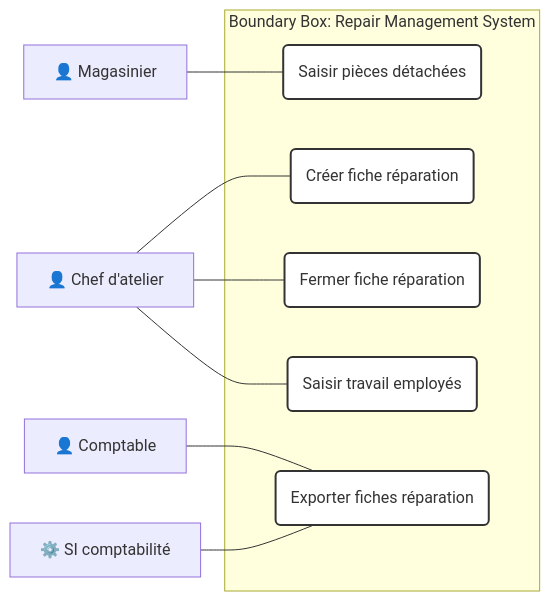
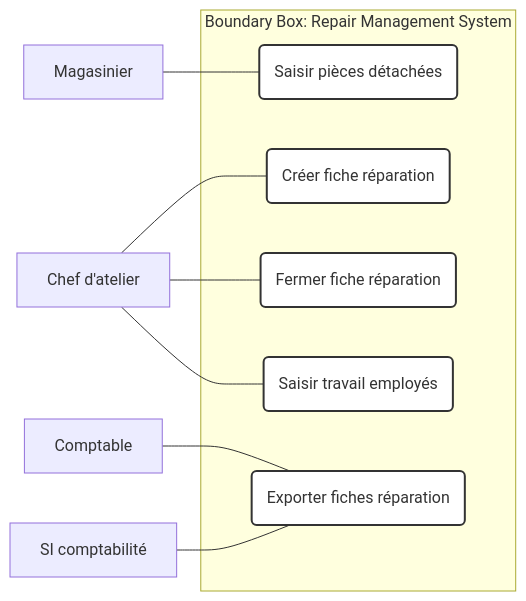
Before and after one commit to Vtheonly/Obsidian_Notes: the seventh of 34 diagrams in Master 1/S2/Advanced Code Patterns/Chapter 1.1: Use Case Diagram/00100 Excercise.md, drawn with Mermaid. The commit also changed other lines of this file and 3934 other files, not shown here.

````diff
--- a/Master 1/S2/Advanced Code Patterns/Chapter 1.1: Use Case Diagram/00100 Excercise.md
+++ b/Master 1/S2/Advanced Code Patterns/Chapter 1.1: Use Case Diagram/00100 Excercise.md
@@ -404,23 +404,23 @@
 ```mermaid
 graph LR
     subgraph Boundary Box: Repair Management System
         UC_Parts(Saisir pièces détachées)
         UC_Create(Créer fiche réparation)
         UC_Close(Fermer fiche réparation)
         UC_Labor(Saisir travail employés)
         UC_Export(Exporter fiches réparation)
     end
     
-    A_Stock["👤 Magasinier"] --- UC_Parts
-    A_Workshop["👤 Chef d'atelier"] --- UC_Create
+    A_Stock[" Magasinier"] --- UC_Parts
+    A_Workshop[" Chef d'atelier"] --- UC_Create
     A_Workshop --- UC_Close
     A_Workshop --- UC_Labor
-    A_Accountant["👤 Comptable"] --- UC_Export
-    A_AccSys["⚙️ SI comptabilité"] --- UC_Export
+    A_Accountant[" Comptable"] --- UC_Export
+    A_AccSys[" SI comptabilité"] --- UC_Export
     
     style UC_Parts fill:#fff,stroke:#333,stroke-width:2px;
     style UC_Create fill:#fff,stroke:#333,stroke-width:2px;
     style UC_Close fill:#fff,stroke:#333,stroke-width:2px;
     style UC_Labor fill:#fff,stroke:#333,stroke-width:2px;
     style UC_Export fill:#fff,stroke:#333,stroke-width:2px;
 ```
````
